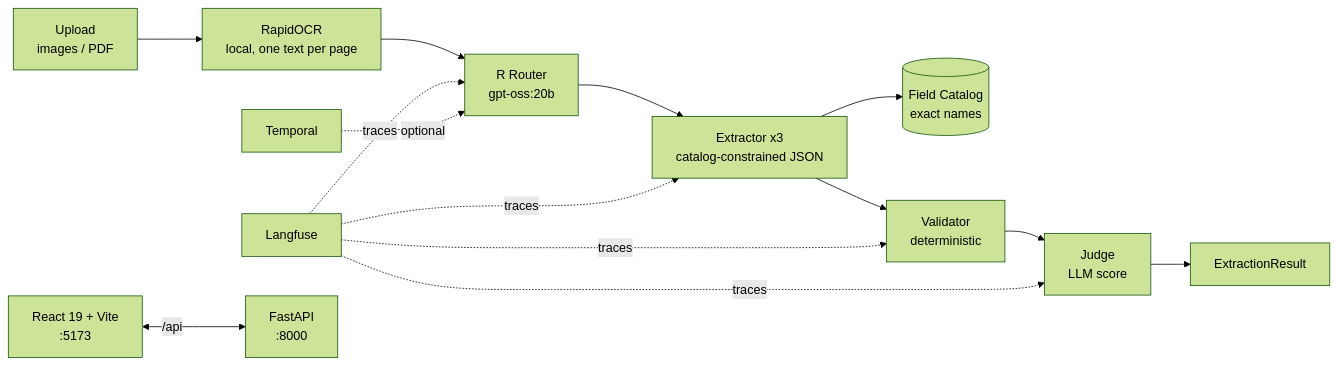
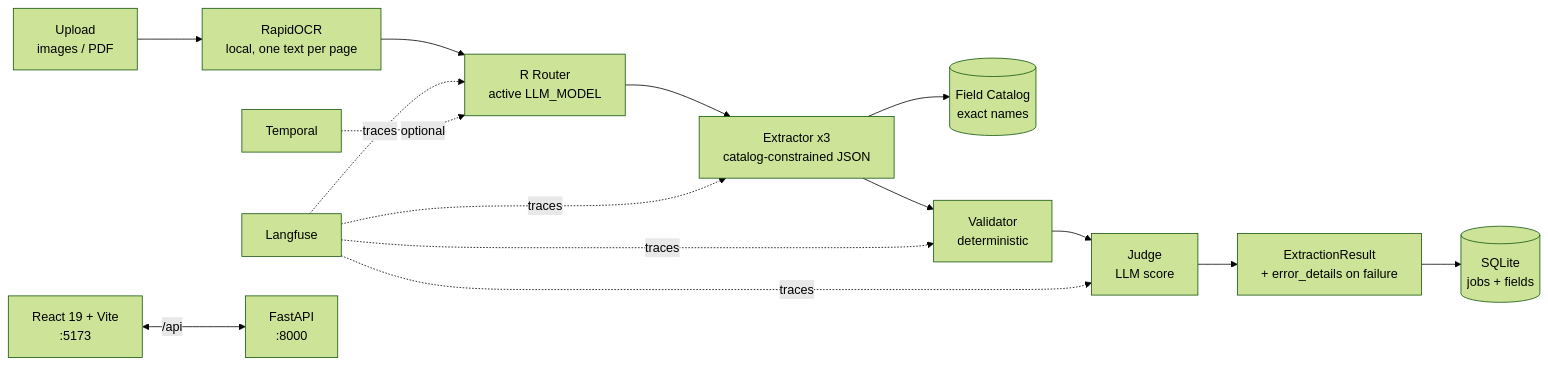
The diagram in docs/tech-stack.md (Phatcharaphon-Hemnon/Configurable-Document-Extraction), drawn with Mermaid (forest theme) before and after one commit. The commit also changed other lines of this file and 12 other files, not shown here.

````diff
--- a/docs/tech-stack.md
+++ b/docs/tech-stack.md
@@ -59,13 +74,14 @@
 ```mermaid
 flowchart LR
     U[Upload<br/>images / PDF] --> P[RapidOCR<br/>local, one text per page]
-    P --> R[R Router<br/>gpt-oss:20b]
+    P --> R[R Router<br/>active LLM_MODEL]
     R --> E[Extractor x3<br/>catalog-constrained JSON]
     E --> C[(Field Catalog<br/>exact names)]
     E --> VA[Validator<br/>deterministic]
     VA --> J[Judge<br/>LLM score]
-    J --> O[ExtractionResult]
+    J --> O[ExtractionResult<br/>+ error_details on failure]
+    O --> DB[(SQLite<br/>jobs + fields)]
     LF[Langfuse] -.traces.-> R & E & VA & J
     T[Temporal] -.optional.-> R
     WEB[React 19 + Vite<br/>:5173] <--/api--> API[FastAPI<br/>:8000]
 ```
````
